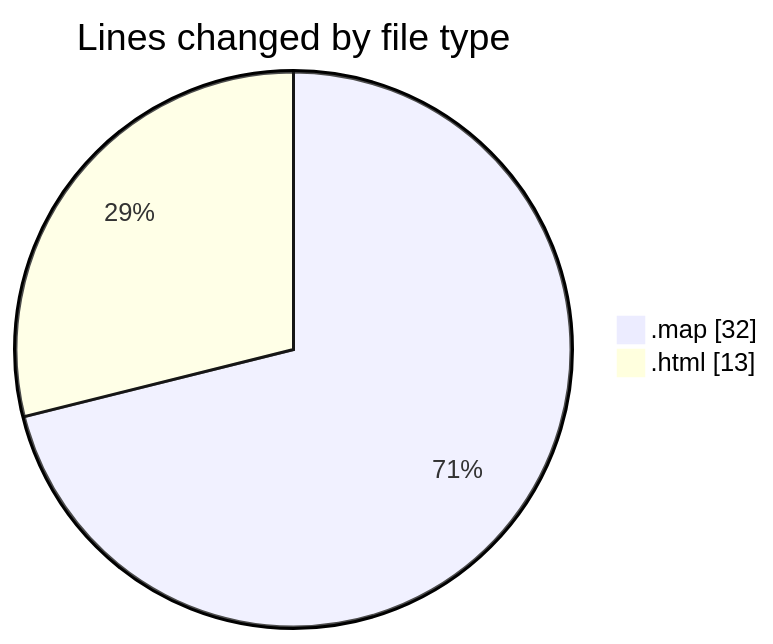
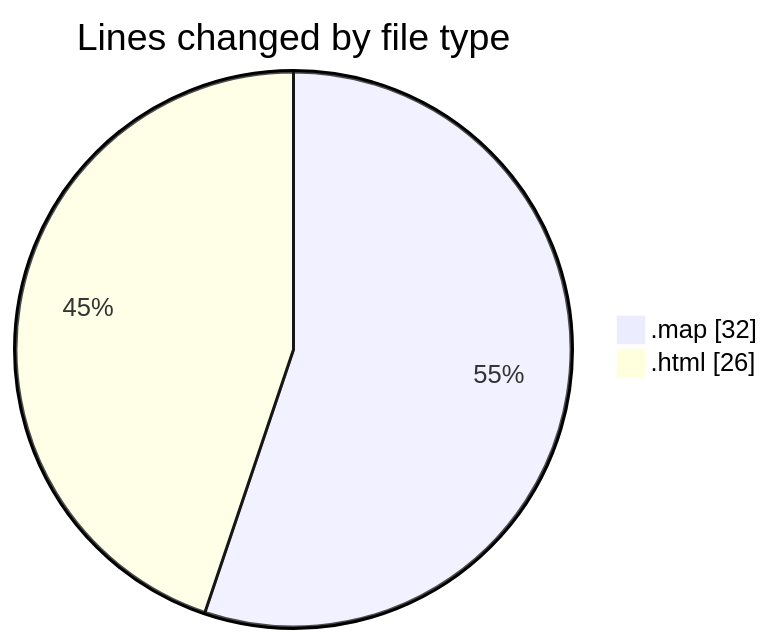
Before and after one commit to LanceThiago/code-tracking: the first of 2 diagrams in 2025-03-19/energis/README.md, drawn with Mermaid. The commit also changed other lines of this file and 1 other file, not shown here.

````diff
--- a/2025-03-19/energis/README.md
+++ b/2025-03-19/energis/README.md
@@ -21,6 +21,6 @@
 ```mermaid
 pie showData
 title Lines changed by file type
 ".map" : 32
-".html" : 13
+".html" : 26
 ```
````
